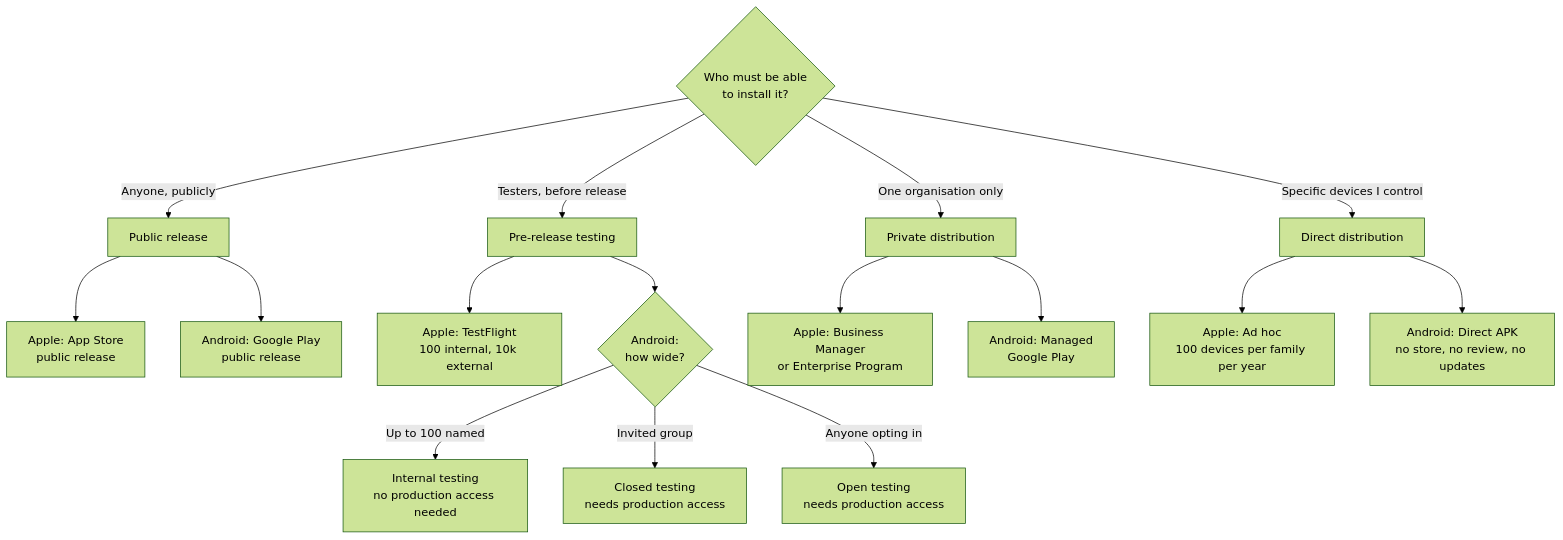
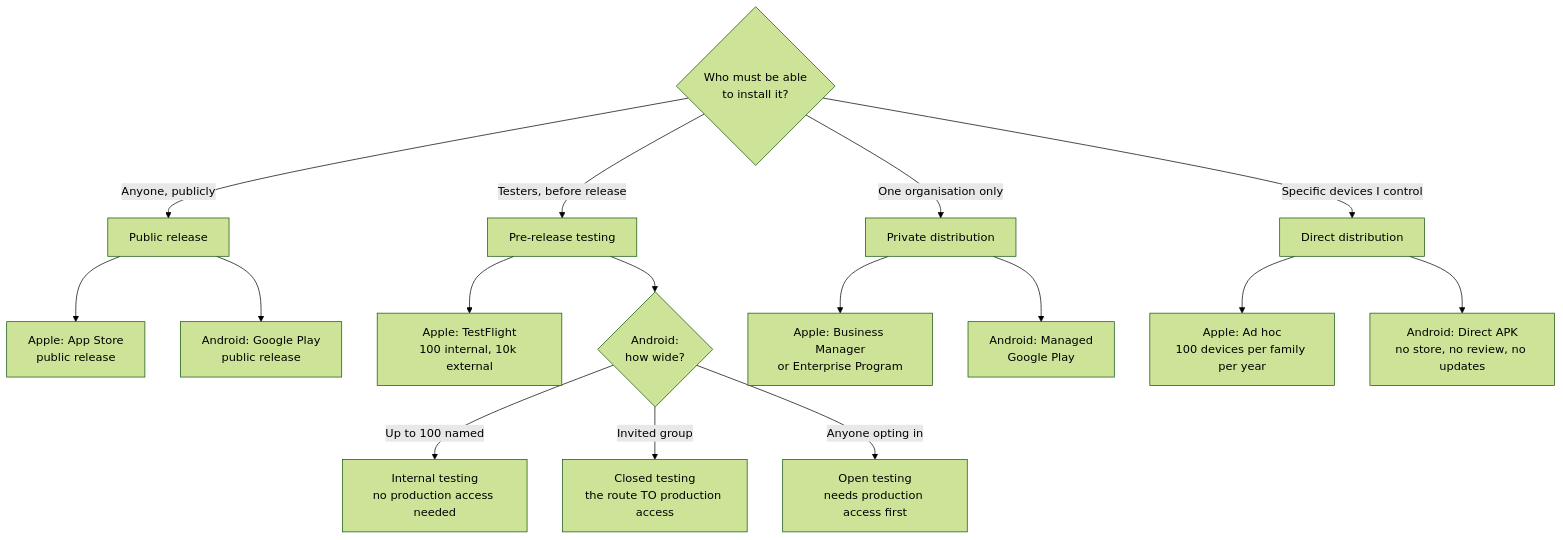
Before and after one commit to brijeshspatel/csharp-project-005-dotnet-maui-app-distribution: the first of 2 diagrams in start-here/choose-your-distribution-channel.md, drawn with Mermaid (forest theme). The commit also changed other lines of this file and 14 other files, not shown here.

````diff
--- a/start-here/choose-your-distribution-channel.md
+++ b/start-here/choose-your-distribution-channel.md
@@ -14,24 +14,24 @@
 ```mermaid
 flowchart TD
     Q1{Who must be able<br/>to install it?}
 
     Q1 -->|Anyone, publicly| PUB[Public release]
     Q1 -->|Testers, before release| TEST[Pre-release testing]
     Q1 -->|One organisation only| ORG[Private distribution]
     Q1 -->|Specific devices I control| DEV[Direct distribution]
 
     PUB --> PUBA[Apple: App Store<br/>public release]
     PUB --> PUBG[Android: Google Play<br/>public release]
 
     TEST --> TA[Apple: TestFlight<br/>100 internal, 10k external]
     TEST --> TG{Android:<br/>how wide?}
     TG -->|Up to 100 named| TG1[Internal testing<br/>no production access needed]
-    TG -->|Invited group| TG2[Closed testing<br/>needs production access]
-    TG -->|Anyone opting in| TG3[Open testing<br/>needs production access]
+    TG -->|Invited group| TG2[Closed testing<br/>the route TO production access]
+    TG -->|Anyone opting in| TG3[Open testing<br/>needs production access first]
 
     ORG --> OA[Apple: Business Manager<br/>or Enterprise Program]
     ORG --> OG[Android: Managed<br/>Google Play]
 
     DEV --> DA[Apple: Ad hoc<br/>100 devices per family per year]
     DEV --> DG[Android: Direct APK<br/>no store, no review, no updates]
 ```
````
